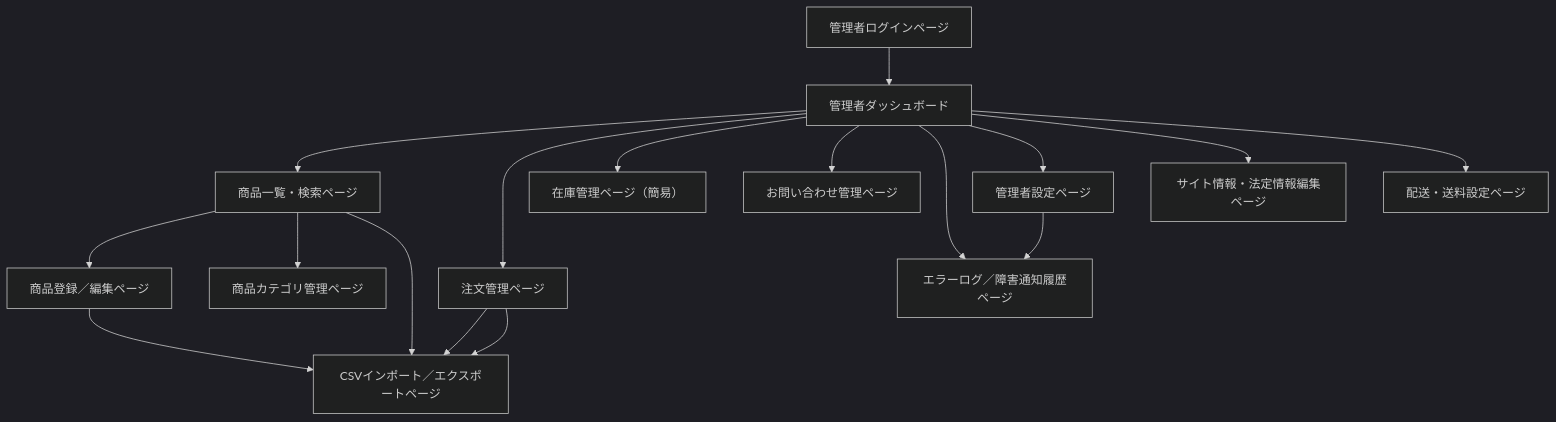
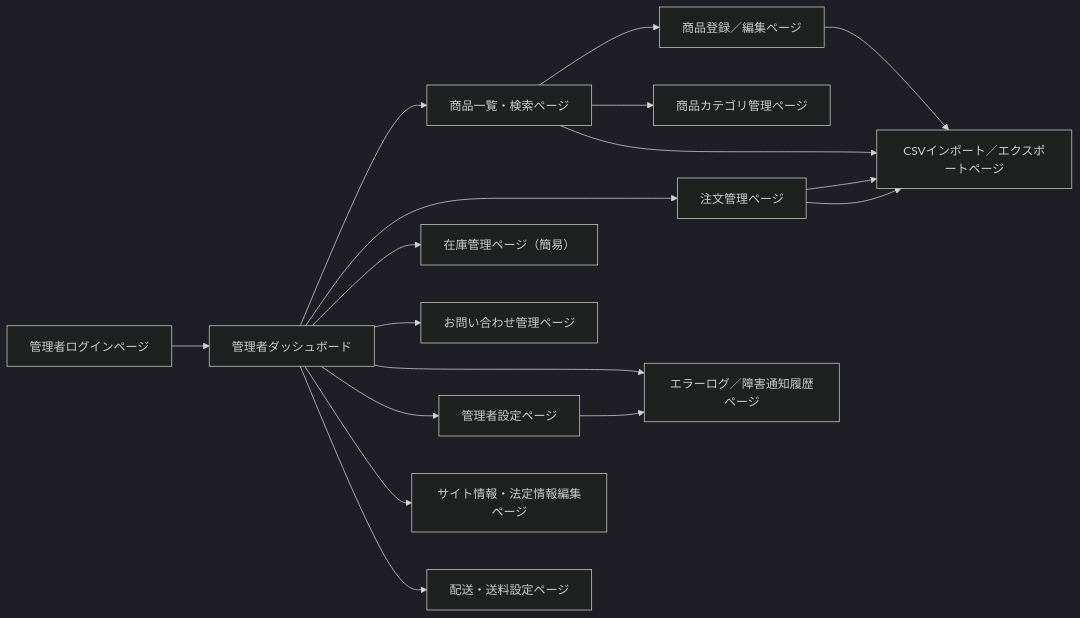
The diagram in 基本設計/画面遷移図/管理画面遷移図.md (Aoi-Yaegashi/teamF), drawn with Mermaid (dark theme) before and after one commit.

Commit message:
管理画面遷移図TD→LR

````diff
--- a/基本設計/画面遷移図/管理画面遷移図.md
+++ b/基本設計/画面遷移図/管理画面遷移図.md
@@ -1,35 +1,35 @@
 ```mermaid
-graph TD
+graph LR
 
 %% ログイン
 A01[管理者ログインページ] --> A02[管理者ダッシュボード]
 
 %% ダッシュボードからの遷移
 A02 --> A03[商品一覧・検索ページ]
 A02 --> A06[注文管理ページ]
 A02 --> A07[在庫管理ページ（簡易）]
 A02 --> A11[お問い合わせ管理ページ]
 A02 --> A13[エラーログ／障害通知履歴ページ]
 A02 --> A12[管理者設定ページ]
 
 %% 商品関連
 A03 --> A04[商品登録／編集ページ]
 A03 --> A05[商品カテゴリ管理ページ]
 A03 --> A10[CSVインポート／エクスポートページ]
 
 %% 注文管理
 A06 --> A10
 
 %% サイト・法定情報関連
 A02 --> A09[サイト情報・法定情報編集ページ]
 
 %% 配送設定
 A02 --> A08[配送・送料設定ページ]
 
 %% CSV関連（商品/注文から遷移可能）
 A04 --> A10
 A06 --> A10
 
 %% 管理者設定など
 A12 --> A13
 ```
````
